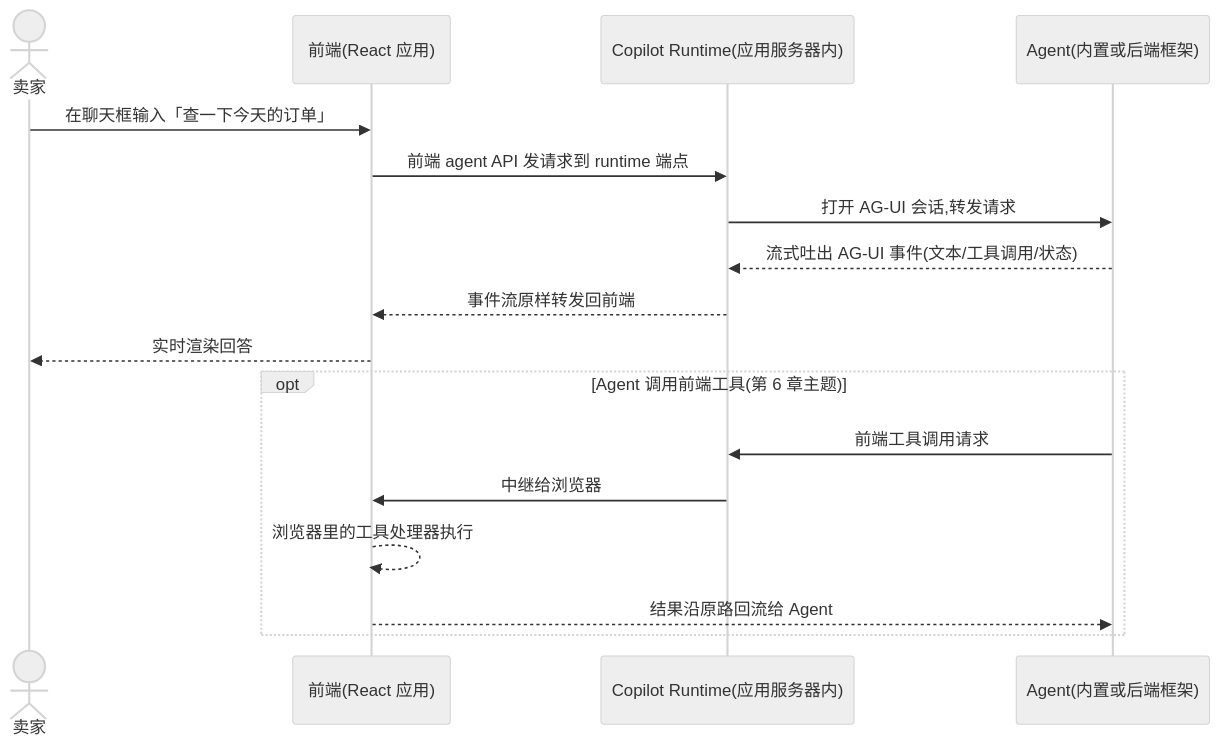
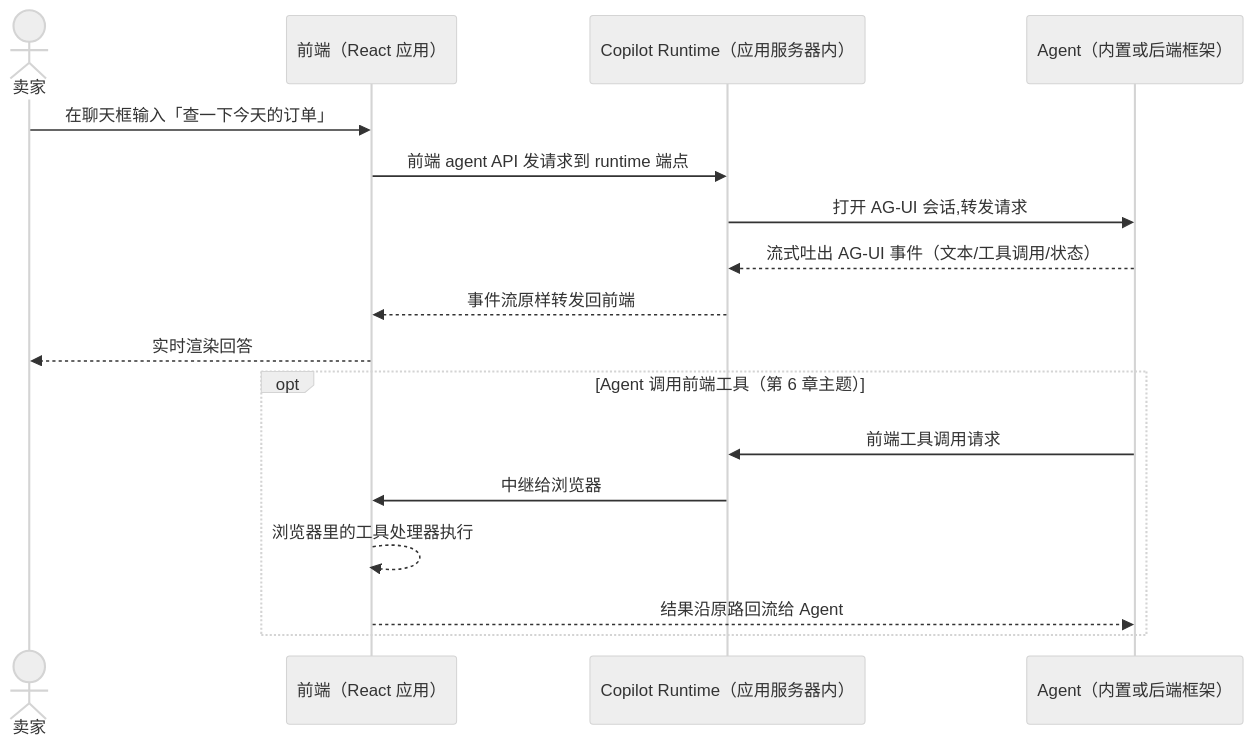
The third of 7 diagrams in books/copilotkit/chapters/01-overview.md (ybak/ai-tutorial), drawn with Mermaid (neutral theme) before and after one commit. The commit also changed other lines of this file and 7 other files, not shown here.

First line of the commit message:
docs(copilotkit): 图文密度优化——全书增补 35 张文内 mermaid 图

````diff
--- a/books/copilotkit/chapters/01-overview.md
+++ b/books/copilotkit/chapters/01-overview.md
@@ -220,21 +222,21 @@
 ```mermaid
 sequenceDiagram
     actor U as 卖家
-    participant F as 前端(React 应用)
-    participant R as Copilot Runtime(应用服务器内)
-    participant A as Agent(内置或后端框架)
+    participant F as 前端（React 应用）
+    participant R as Copilot Runtime（应用服务器内）
+    participant A as Agent（内置或后端框架）
 
     U->>F: 在聊天框输入「查一下今天的订单」
     F->>R: 前端 agent API 发请求到 runtime 端点
     R->>A: 打开 AG-UI 会话,转发请求
-    A-->>R: 流式吐出 AG-UI 事件(文本/工具调用/状态)
+    A-->>R: 流式吐出 AG-UI 事件（文本/工具调用/状态）
     R-->>F: 事件流原样转发回前端
     F-->>U: 实时渲染回答
 
-    opt Agent 调用前端工具(第 6 章主题)
+    opt Agent 调用前端工具（第 6 章主题）
         A->>R: 前端工具调用请求
         R->>F: 中继给浏览器
         F-->>F: 浏览器里的工具处理器执行
         F-->>A: 结果沿原路回流给 Agent
     end
 ```
````
